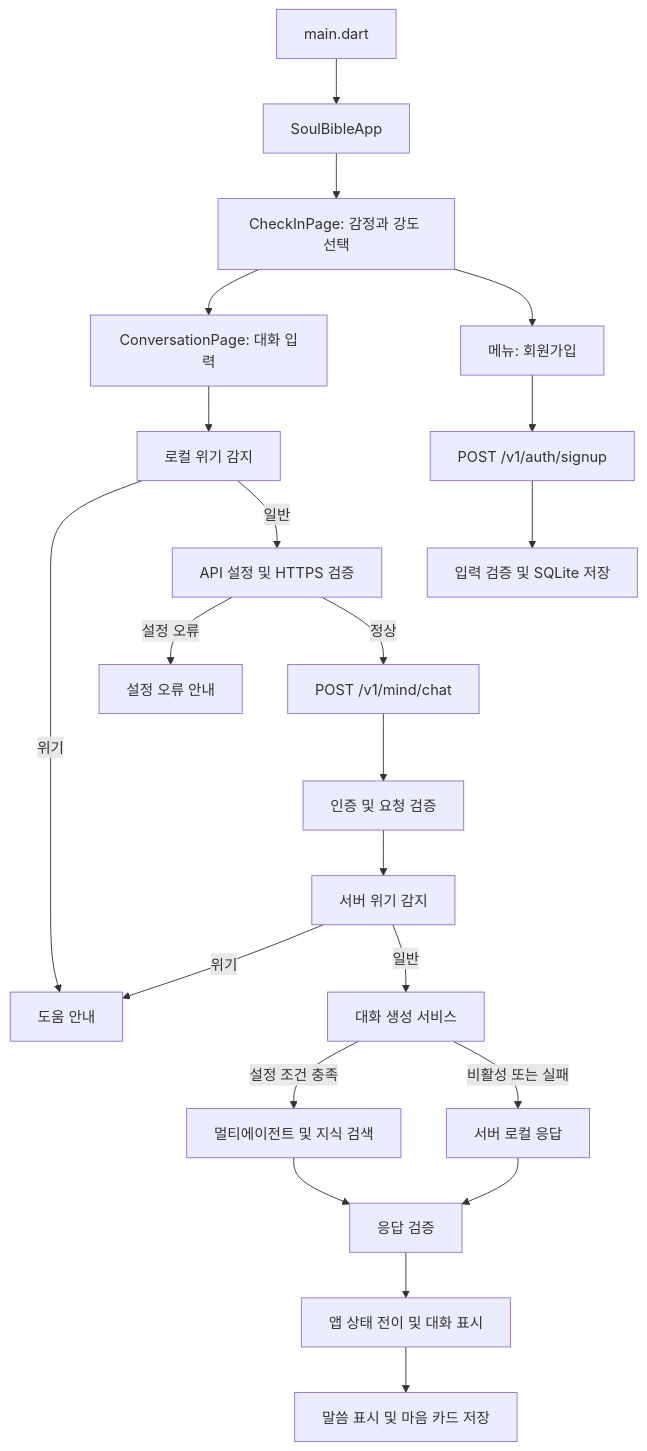
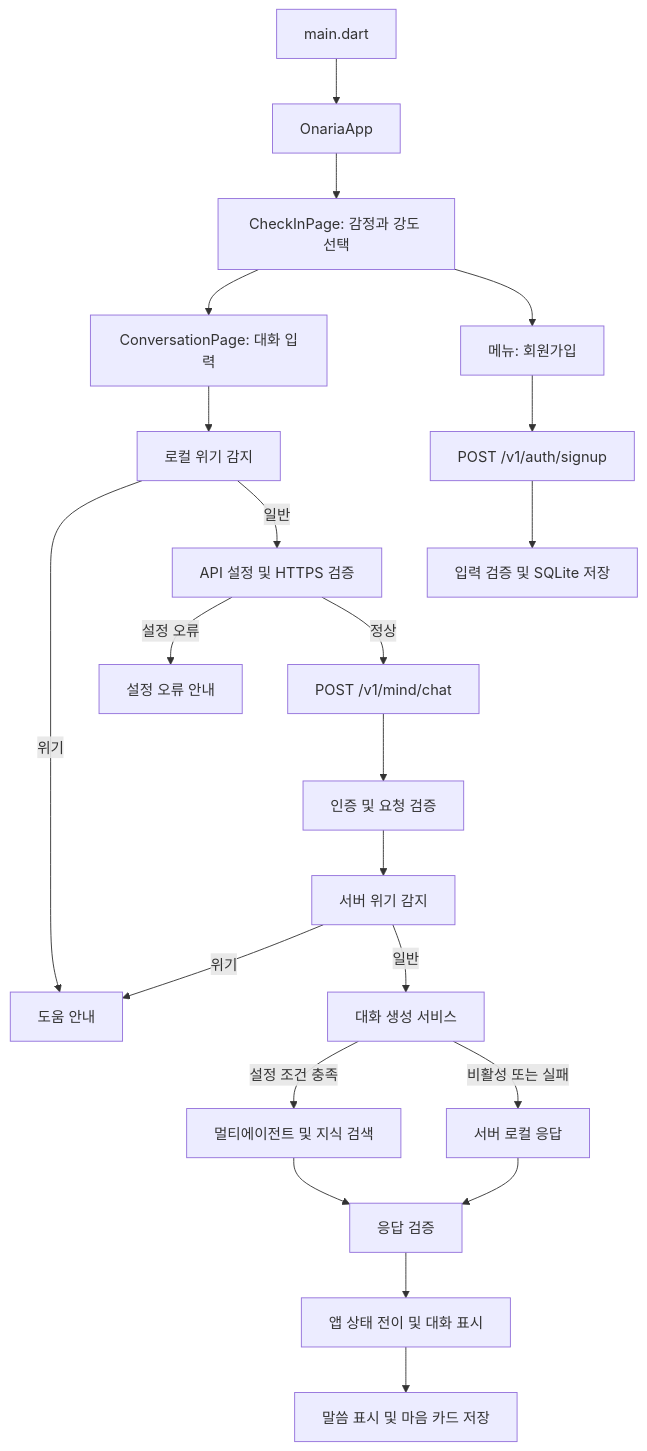
One commit to Naharuya/soul-bible changed the diagram in PROCESS_CODE_MAP.md. Above: the diagram before and after it, drawn with Mermaid. The commit also changed other lines of this file and 79 other files, not shown here.

Commit message:
Rebrand app to onaria and improve conversation flow

````diff
--- a/PROCESS_CODE_MAP.md
+++ b/PROCESS_CODE_MAP.md
@@ -9,24 +9,24 @@
 ```mermaid
 flowchart TD
-    A[main.dart] --> B[SoulBibleApp]
+    A[main.dart] --> B[OnariaApp]
     B --> C[CheckInPage: 감정과 강도 선택]
     C --> D[ConversationPage: 대화 입력]
     D --> E[로컬 위기 감지]
     E -->|위기| F[도움 안내]
     E -->|일반| G[API 설정 및 HTTPS 검증]
     G -->|설정 오류| H[설정 오류 안내]
     G -->|정상| I[POST /v1/mind/chat]
     I --> J[인증 및 요청 검증]
     J --> K[서버 위기 감지]
     K -->|위기| F
     K -->|일반| L[대화 생성 서비스]
     L -->|설정 조건 충족| M[멀티에이전트 및 지식 검색]
     L -->|비활성 또는 실패| N[서버 로컬 응답]
     M --> O[응답 검증]
     N --> O
     O --> P[앱 상태 전이 및 대화 표시]
     P --> Q[말씀 표시 및 마음 카드 저장]
     C --> R[메뉴: 회원가입]
     R --> S[POST /v1/auth/signup]
     S --> T[입력 검증 및 SQLite 저장]
 ```
````
